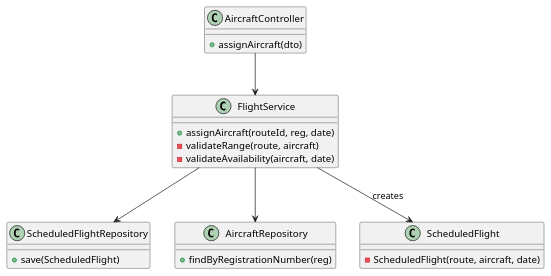
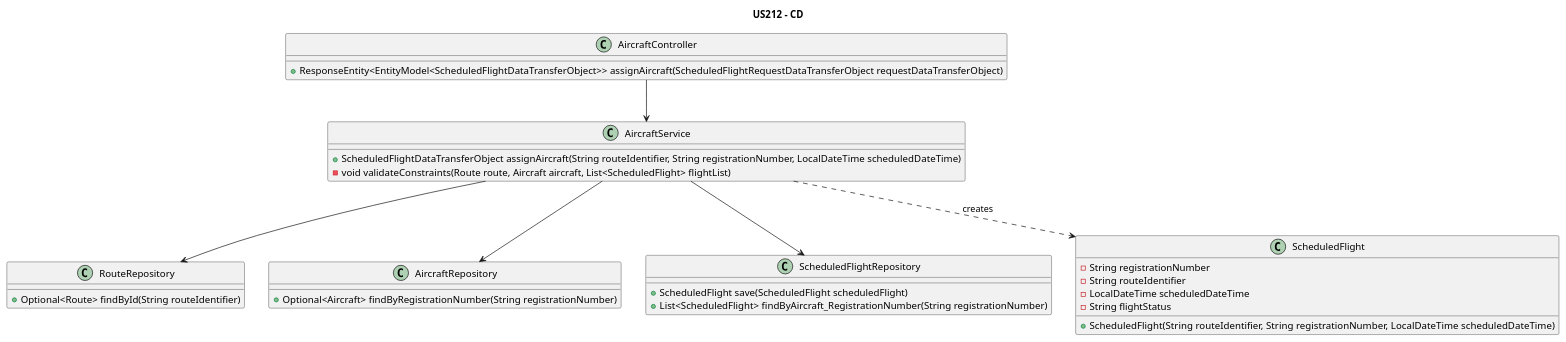
One commit to anamartasilvaa/PSOFT_AISafe_Flight changed the diagram in docs/WP#3B - Enhanced Route Management/US212/US212-CD.puml. Above: the diagram before and after it, drawn with PlantUML. The commit also changed 7 other files, not shown here.

Commit message:
diagramas us213 e anteriores corrigidos

```diff
--- a/docs/WP#3B - Enhanced Route Management/US212/US212-CD.puml
+++ b/docs/WP#3B - Enhanced Route Management/US212/US212-CD.puml
@@ -1,24 +1,38 @@
 @startuml
+title US212 - CD
 class AircraftController {
-    + assignAircraft(dto)
-}
-class FlightService {
-    + assignAircraft(routeId, reg, date)
-    - validateRange(route, aircraft)
-    - validateAvailability(aircraft, date)
-}
-class ScheduledFlightRepository {
-    + save(ScheduledFlight)
-}
-class AircraftRepository {
-    + findByRegistrationNumber(reg)
-}
-class ScheduledFlight {
-    - ScheduledFlight(route, aircraft, date)
+    + ResponseEntity<EntityModel<ScheduledFlightDataTransferObject>> assignAircraft(ScheduledFlightRequestDataTransferObject requestDataTransferObject)
 }
 
-AircraftController --> FlightService
-FlightService --> ScheduledFlightRepository
-FlightService --> AircraftRepository
-FlightService --> ScheduledFlight : creates
+class AircraftService {
+    + ScheduledFlightDataTransferObject assignAircraft(String routeIdentifier, String registrationNumber, LocalDateTime scheduledDateTime)
+    - void validateConstraints(Route route, Aircraft aircraft, List<ScheduledFlight> flightList)
+}
+
+class RouteRepository {
+    + Optional<Route> findById(String routeIdentifier)
+}
+
+class AircraftRepository {
+    + Optional<Aircraft> findByRegistrationNumber(String registrationNumber)
+}
+
+class ScheduledFlightRepository {
+    + ScheduledFlight save(ScheduledFlight scheduledFlight)
+    + List<ScheduledFlight> findByAircraft_RegistrationNumber(String registrationNumber)
+}
+
+class ScheduledFlight {
+    - String registrationNumber
+    - String routeIdentifier
+    - LocalDateTime scheduledDateTime
+    - String flightStatus
+    + ScheduledFlight(String routeIdentifier, String registrationNumber, LocalDateTime scheduledDateTime)
+}
+
+AircraftController --> AircraftService
+AircraftService --> RouteRepository
+AircraftService --> AircraftRepository
+AircraftService --> ScheduledFlightRepository
+AircraftService ..> ScheduledFlight : creates
 @enduml
```
